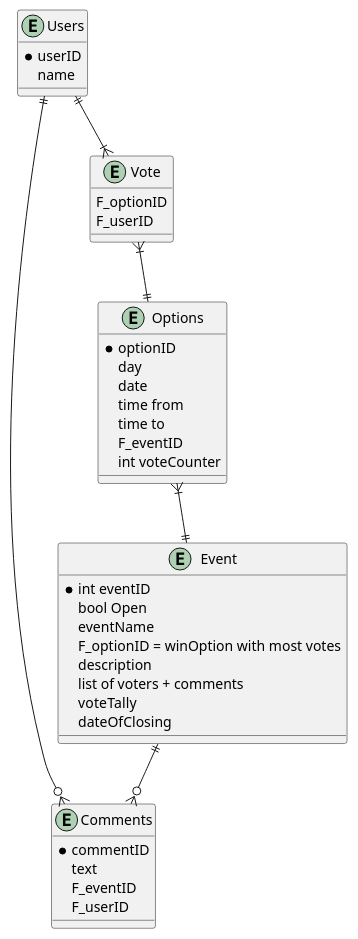
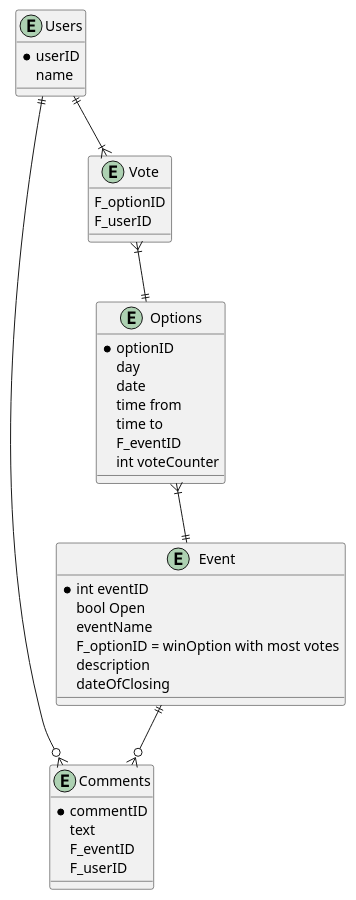
One commit to PatFalt/AppointmentFinder changed the diagram in ERDiagram.wsd. Above: the diagram before and after it, drawn with PlantUML. The commit also changed 6 other files, not shown here.

```diff
--- a/ERDiagram.wsd
+++ b/ERDiagram.wsd
@@ -1,47 +1,45 @@
 @startuml AppointmentFinder
 
 Entity Event{
     *int eventID
     bool Open
     eventName
     F_optionID = winOption with most votes
     description
-    list of voters + comments
-    voteTally
     dateOfClosing
 }
 
 Entity Comments{
     *commentID
     text
     F_eventID
     F_userID
 }
 
 Entity Users{   
     *userID
     name
 }
 
 Entity Vote{
     F_optionID
     F_userID
 }
 
 Entity Options {
     *optionID
     day
     date
     time from
     time to
     F_eventID
     int voteCounter
 }
 
 Options }|--|| Event
 Users ||--|{ Vote
 Vote }|--|| Options
 Event ||--o{ Comments
 Users ||--o{ Comments
 
 @enduml
```
